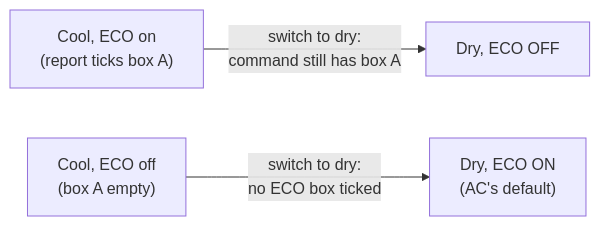
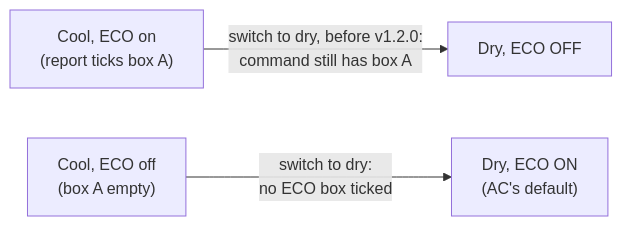
Before and after one commit to kaaassspeeerrr/midea-u-shaped-esphome: the fourth of 4 diagrams in docs/eco-explained.md, drawn with Mermaid. The commit also changed other lines of this file and 5 other files, not shown here.

Commit message:
v1.2.0 docs: ECO in dry/auto, autoconf + 60 °F, display toggle and beeper, capabilities, Follow Me is IR-only

````diff
--- a/docs/eco-explained.md
+++ b/docs/eco-explained.md
@@ -145,5 +143,5 @@
 ```mermaid
 flowchart LR
-    S1["Cool, ECO on<br/>(report ticks box A)"] -- "switch to dry:<br/>command still has box A" --> R1["Dry, ECO OFF"]
+    S1["Cool, ECO on<br/>(report ticks box A)"] -- "switch to dry, before v1.2.0:<br/>command still has box A" --> R1["Dry, ECO OFF"]
     S2["Cool, ECO off<br/>(box A empty)"] -- "switch to dry:<br/>no ECO box ticked" --> R2["Dry, ECO ON<br/>(AC's default)"]
 ```
````
